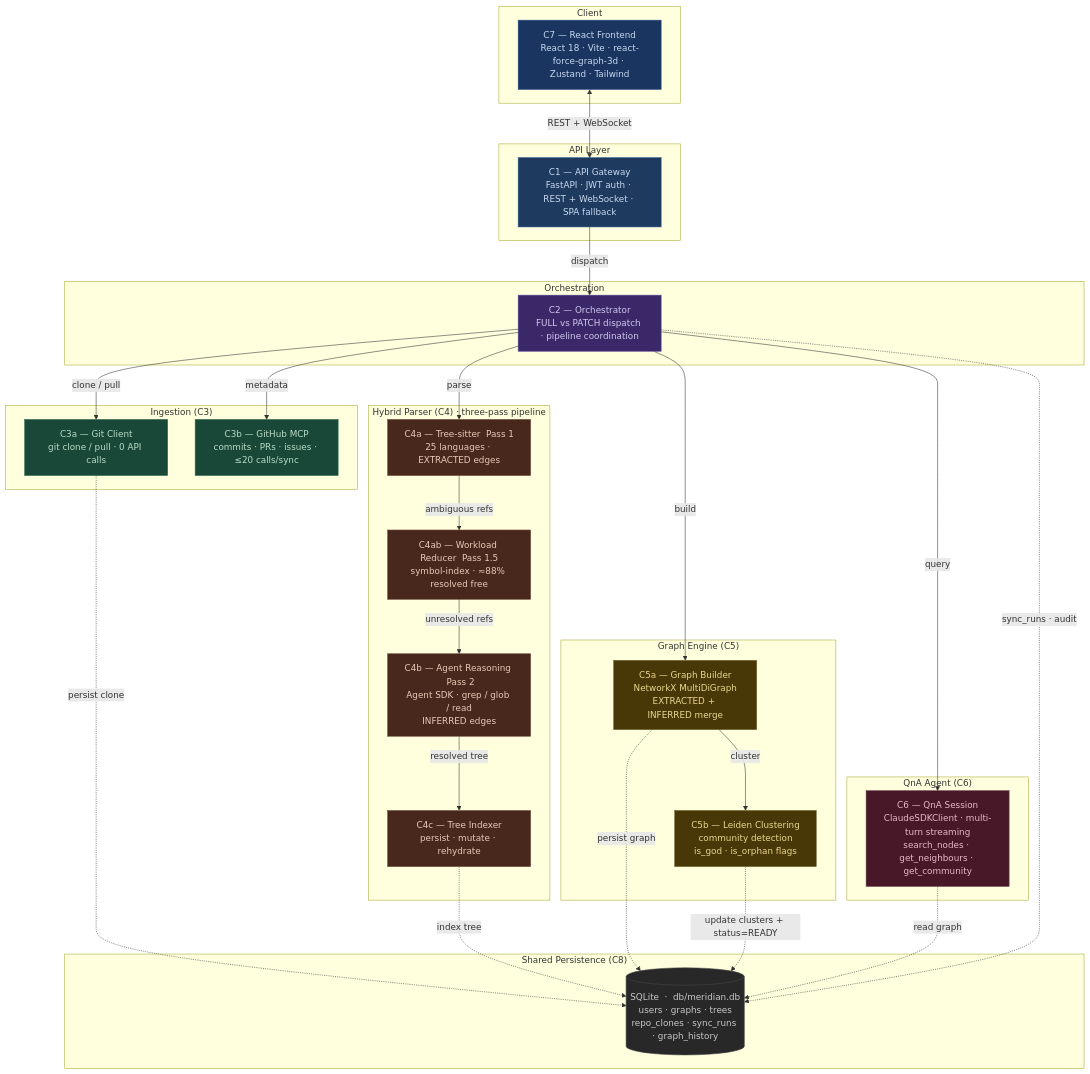
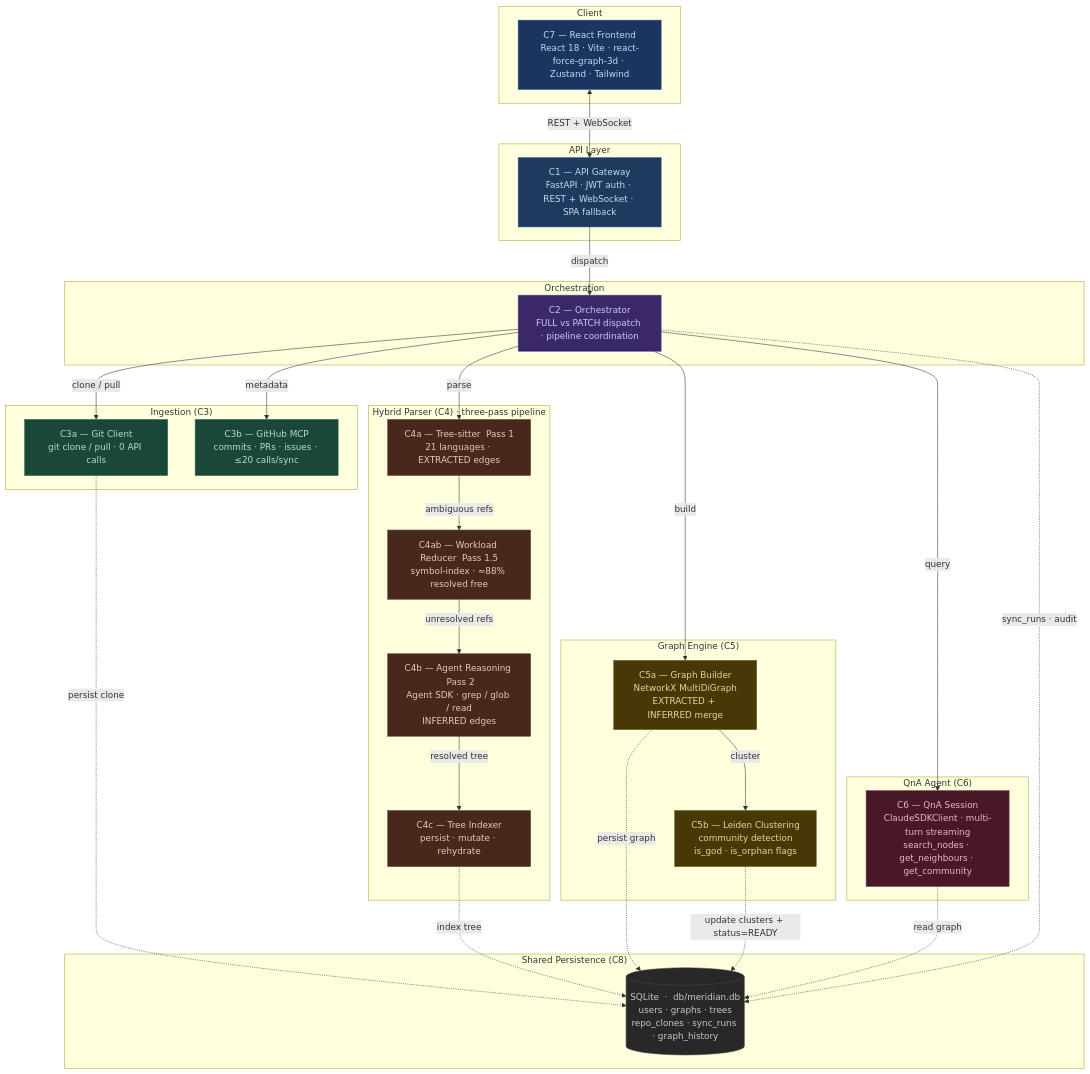
The diagram in README.md (arkapatra31/meridian), drawn with Mermaid before and after one commit. The commit also changed other lines of this file and 1 other file, not shown here.

````diff
--- a/README.md
+++ b/README.md
@@ -52,76 +52,76 @@
 ```mermaid
 graph TB
     subgraph CLIENT["Client"]
         C7["C7 — React Frontend\nReact 18 · Vite · react-force-graph-3d · Zustand · Tailwind"]
     end
 
     subgraph GATEWAY["API Layer"]
         C1["C1 — API Gateway\nFastAPI · JWT auth · REST + WebSocket · SPA fallback"]
     end
 
     subgraph ORCH["Orchestration"]
         C2["C2 — Orchestrator\nFULL vs PATCH dispatch · pipeline coordination"]
     end
 
     subgraph INGESTION["Ingestion  (C3)"]
         C3a["C3a — Git Client\ngit clone / pull · 0 API calls"]
         C3b["C3b — GitHub MCP\ncommits · PRs · issues · ≤20 calls/sync"]
     end
 
     subgraph PARSING["Hybrid Parser  (C4)  ·  three-pass pipeline"]
-        C4a["C4a — Tree-sitter  Pass 1\n25 languages · EXTRACTED edges"]
+        C4a["C4a — Tree-sitter  Pass 1\n21 languages · EXTRACTED edges"]
         C4ab["C4ab — Workload Reducer  Pass 1.5\nsymbol-index · ≈88% resolved free"]
         C4b["C4b — Agent Reasoning  Pass 2\nAgent SDK · grep / glob / read\nINFERRED edges"]
         C4c["C4c — Tree Indexer\npersist · mutate · rehydrate"]
     end
 
     subgraph GRAPH["Graph Engine  (C5)"]
         C5a["C5a — Graph Builder\nNetworkX MultiDiGraph\nEXTRACTED + INFERRED merge"]
         C5b["C5b — Leiden Clustering\ncommunity detection\nis_god · is_orphan flags"]
     end
 
     subgraph QNA["QnA Agent  (C6)"]
         C6["C6 — QnA Session\nClaudeSDKClient · multi-turn streaming\nsearch_nodes · get_neighbours · get_community"]
     end
 
     subgraph DB["Shared Persistence  (C8)"]
         C8[("SQLite  ·  db/meridian.db\nusers · graphs · trees\nrepo_clones · sync_runs · graph_history")]
     end
 
     C7 <-->|REST + WebSocket| C1
     C1 -->|dispatch| C2
     C2 -->|clone / pull| C3a
     C2 -->|metadata| C3b
     C2 -->|parse| C4a
     C4a -->|ambiguous refs| C4ab
     C4ab -->|unresolved refs| C4b
     C4b -->|resolved tree| C4c
     C2 -->|build| C5a
     C5a -->|cluster| C5b
     C2 -->|query| C6
 
     C3a -. "persist clone" .-> C8
     C4c -. "index tree" .-> C8
     C5a -. "persist graph" .-> C8
     C5b -. "update clusters + status=READY" .-> C8
     C6  -. "read graph" .-> C8
     C2  -. "sync_runs · audit" .-> C8
 
     classDef client      fill:#1a3560,color:#c8d8f0,stroke:#2d5090,stroke-width:1px
     classDef gateway     fill:#1e3a5f,color:#c8d8f0,stroke:#2d5a8f,stroke-width:1px
     classDef orchestrate fill:#3a2868,color:#d0c8f0,stroke:#5a48a0,stroke-width:1px
     classDef ingestion   fill:#1a4838,color:#b8dcc8,stroke:#286850,stroke-width:1px
     classDef parser      fill:#48281c,color:#e8c8b8,stroke:#684838,stroke-width:1px
     classDef engine      fill:#483808,color:#e8d890,stroke:#686028,stroke-width:1px
     classDef qna         fill:#481828,color:#e8b8c8,stroke:#683848,stroke-width:1px
     classDef persistence fill:#282828,color:#c8c8c8,stroke:#484848,stroke-width:1px
 
     class C7 client
     class C1 gateway
     class C2 orchestrate
     class C3a,C3b ingestion
     class C4a,C4ab,C4b,C4c parser
     class C5a,C5b engine
     class C6 qna
     class C8 persistence
 ```
````
